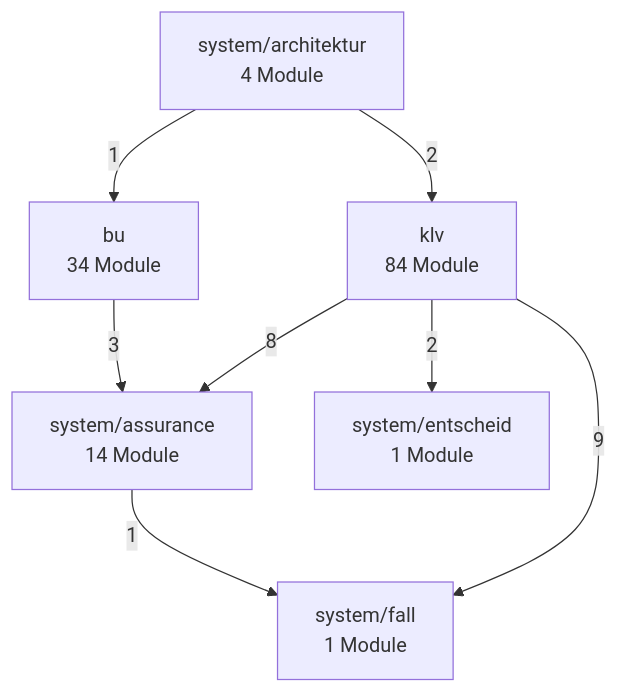
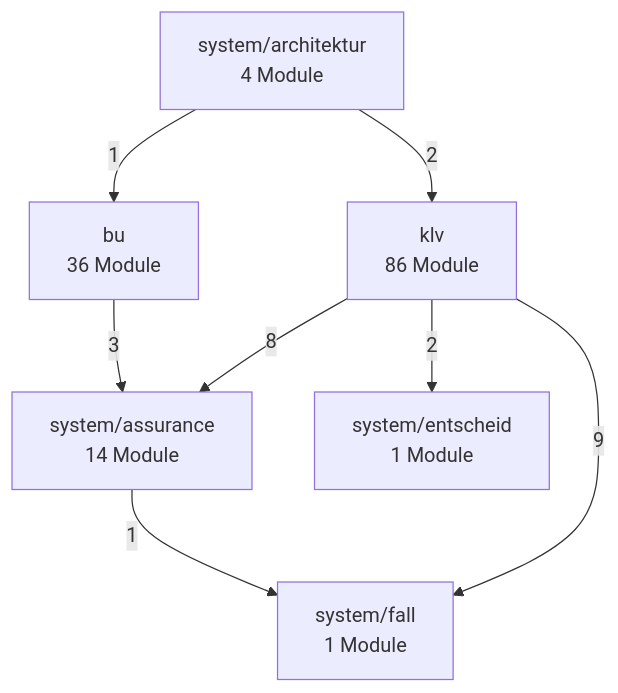
The second of 3 diagrams in docs/architektur/landkarte.md (bartlmac/rechner-pipeline), drawn with Mermaid before and after one commit. The commit also changed other lines of this file and 10 other files, not shown here.

````diff
--- a/docs/architektur/landkarte.md
+++ b/docs/architektur/landkarte.md
@@ -78,17 +78,17 @@
 ```mermaid
 %% Fachknoten — erzeugt von ontologie.landkarte
 flowchart TD
-    bu["bu<br/>34 Module"]
-    klv["klv<br/>84 Module"]
+    bu["bu<br/>36 Module"]
+    klv["klv<br/>86 Module"]
     system_architektur["system/architektur<br/>4 Module"]
     system_assurance["system/assurance<br/>14 Module"]
     system_entscheid["system/entscheid<br/>1 Module"]
     system_fall["system/fall<br/>1 Module"]
     bu -- 3 --> system_assurance
     klv -- 8 --> system_assurance
     klv -- 2 --> system_entscheid
     klv -- 9 --> system_fall
     system_architektur -- 1 --> bu
     system_architektur -- 2 --> klv
     system_assurance -- 1 --> system_fall
 ```
````
